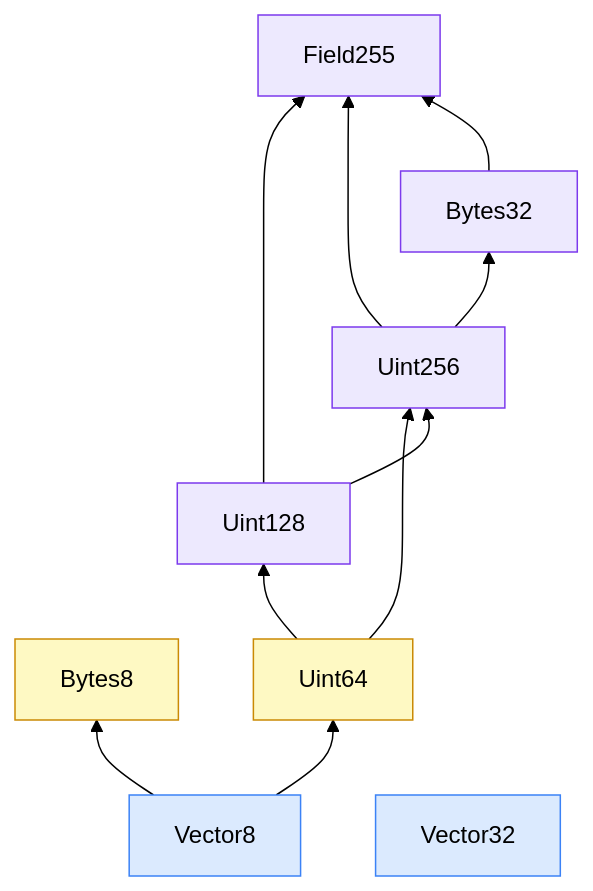
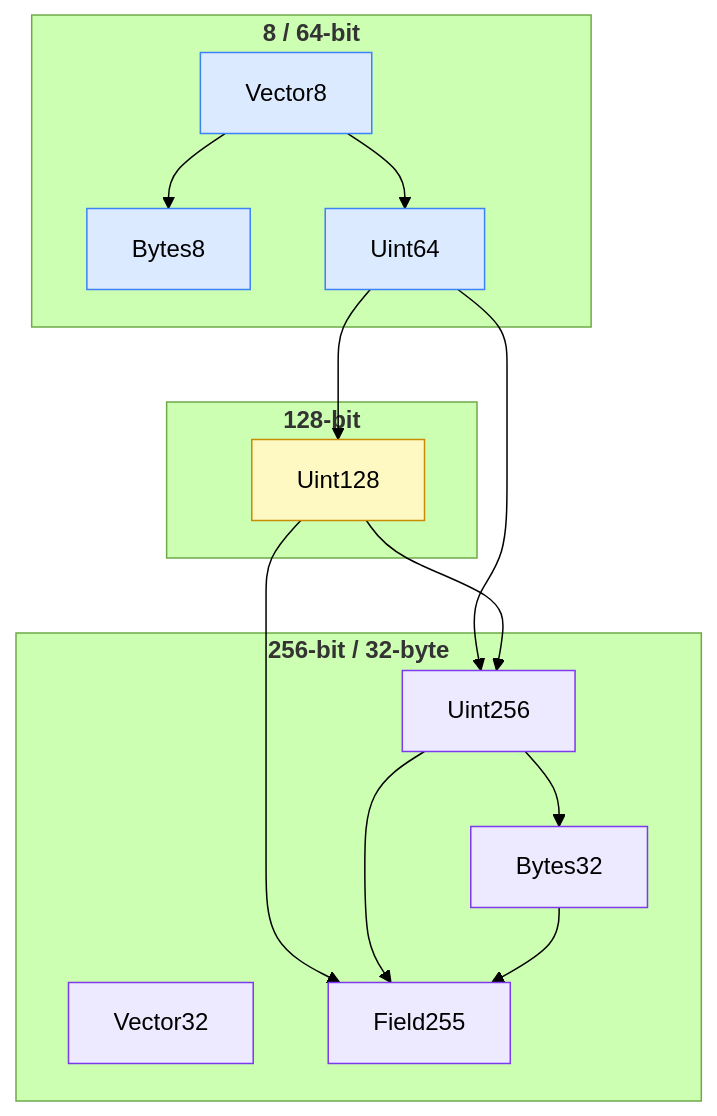
Before and after one commit to OpenZeppelin/midnight-apps: the diagram in contracts/src/math/README.md, drawn with Mermaid (forest theme). The commit also changed other lines of this file, not shown here.

Commit message:
refactor: adding dependency tree

````diff
--- a/contracts/src/math/README.md
+++ b/contracts/src/math/README.md
@@ -21,22 +20,38 @@
 ```mermaid
-graph BT
+graph TD
+    subgraph "<b>8 / 64-bit</b>"
+        Vector8
+        Bytes8
+        Uint64
+    end
+
+    subgraph "<b>128-bit</b>"
+        Uint128
+    end
+
+    subgraph "<b>256-bit / 32-byte</b>"
+        Vector32
+        Uint256
+        Bytes32
+        Field255
+    end
+
     Vector8 --> Bytes8
     Vector8 --> Uint64
     Uint64 --> Uint128
     Uint64 --> Uint256
     Uint128 --> Uint256
     Uint128 --> Field255
     Uint256 --> Bytes32
     Uint256 --> Field255
     Bytes32 --> Field255
-    Vector32
 
     style Vector8 fill:#dbeafe,stroke:#3b82f6
-    style Vector32 fill:#dbeafe,stroke:#3b82f6
-    style Bytes8 fill:#fef9c3,stroke:#ca8a04
-    style Uint64 fill:#fef9c3,stroke:#ca8a04
-    style Uint128 fill:#ede9fe,stroke:#7c3aed
+    style Bytes8 fill:#dbeafe,stroke:#3b82f6
+    style Uint64 fill:#dbeafe,stroke:#3b82f6
+    style Uint128 fill:#fef9c3,stroke:#ca8a04
+    style Vector32 fill:#ede9fe,stroke:#7c3aed
     style Uint256 fill:#ede9fe,stroke:#7c3aed
     style Bytes32 fill:#ede9fe,stroke:#7c3aed
     style Field255 fill:#ede9fe,stroke:#7c3aed
 ```
````
